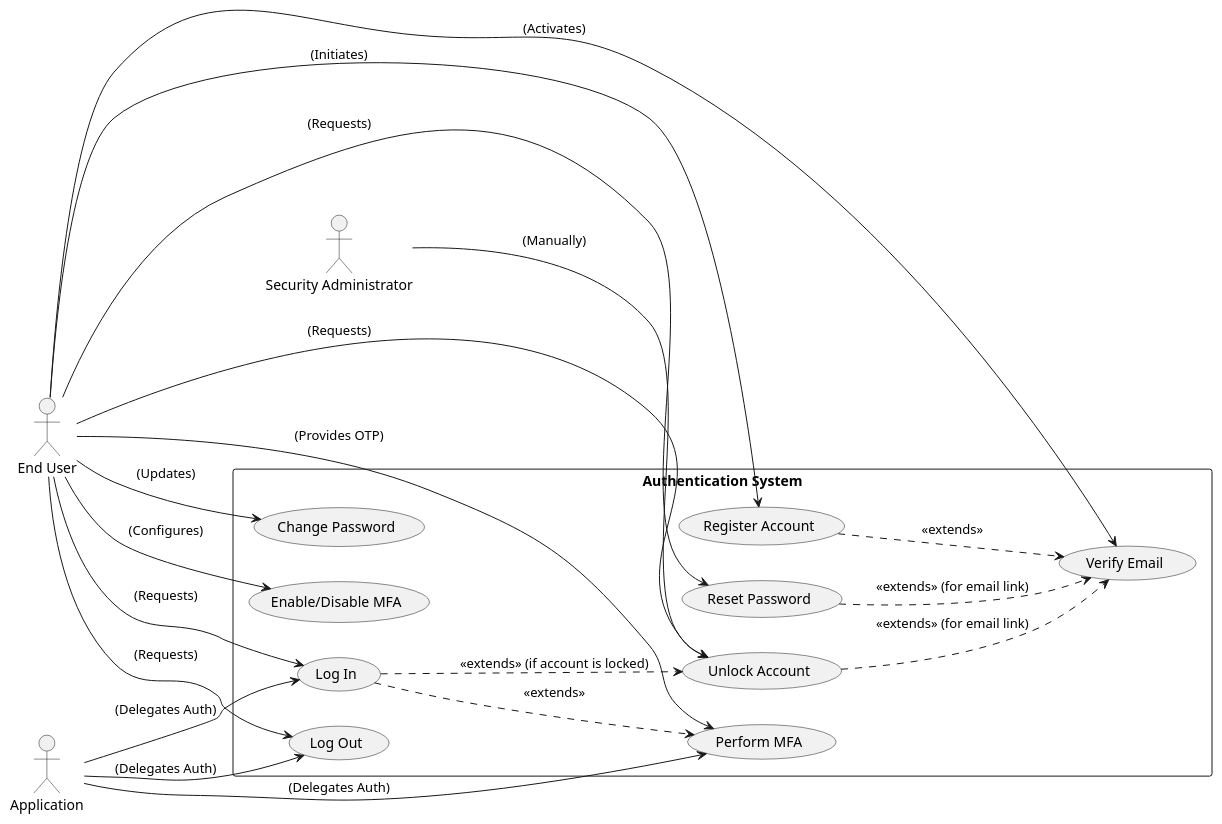
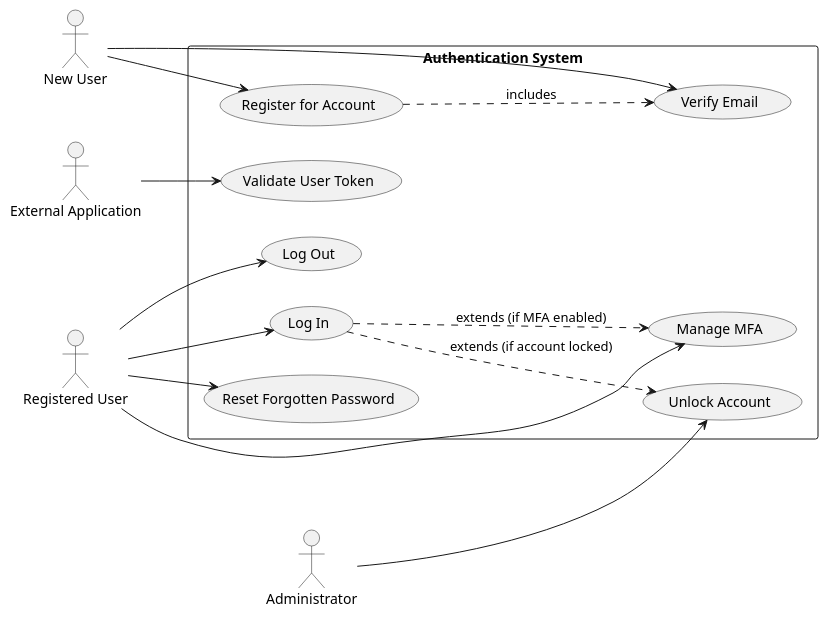
Before and after one commit to Bimmi-kumari-singh/Agent-testing: the diagram in artifacts/spec/spec.md, drawn with PlantUML. The commit also changed other lines of this file, not shown here.

````diff
--- a/artifacts/spec/spec.md
+++ b/artifacts/spec/spec.md
@@ -344,45 +260,36 @@
 ```plantuml
 @startuml
 left to right direction
-
-actor "End User" as User
-actor "Application" as App
-actor "Security Administrator" as Admin
+actor "New User" as NewUser
+actor "Registered User" as RegUser
+actor "External Application" as App
+actor "Administrator" as Admin
 
 rectangle "Authentication System" {
-  usecase "Register Account" as UC_Register
-  usecase "Verify Email" as UC_VerifyEmail
-  usecase "Log In" as UC_Login
-  usecase "Reset Password" as UC_ResetPassword
-  usecase "Change Password" as UC_ChangePassword
-  usecase "Enable/Disable MFA" as UC_MFA_Manage
-  usecase "Perform MFA" as UC_MFA_Perform
-  usecase "Log Out" as UC_Logout
-  usecase "Unlock Account" as UC_UnlockAccount
+  usecase "Register for Account" as UC1
+  usecase "Verify Email" as UC2
+  usecase "Log In" as UC3
+  usecase "Reset Forgotten Password" as UC4
+  usecase "Manage MFA" as UC5
+  usecase "Log Out" as UC6
+  usecase "Validate User Token" as UC7
+  usecase "Unlock Account" as UC8
 }
 
-User --> UC_Register : (Initiates)
-User --> UC_VerifyEmail : (Activates)
-User --> UC_Login : (Requests)
-User --> UC_ResetPassword : (Requests)
-User --> UC_ChangePassword : (Updates)
-User --> UC_MFA_Manage : (Configures)
-User --> UC_MFA_Perform : (Provides OTP)
-User --> UC_Logout : (Requests)
-User --> UC_UnlockAccount : (Requests)
+NewUser --> UC1
+NewUser --> UC2
 
-App --> UC_Login : (Delegates Auth)
-App --> UC_MFA_Perform : (Delegates Auth)
-App --> UC_Logout : (Delegates Auth)
+RegUser --> UC3
+RegUser --> UC4
+RegUser --> UC5
+RegUser --> UC6
 
-Admin --> UC_UnlockAccount : (Manually)
+App --> UC7
 
-UC_Register ..> UC_VerifyEmail : <<extends>>
-UC_Login ..> UC_MFA_Perform : <<extends>>
-UC_Login ..> UC_UnlockAccount : <<extends>> (if account is locked)
-UC_ResetPassword ..> UC_VerifyEmail : <<extends>> (for email link)
-UC_UnlockAccount ..> UC_VerifyEmail : <<extends>> (for email link)
+Admin --> UC8
 
-
+UC1 ..> UC2 : includes
+UC3 ..> UC5 : extends (if MFA enabled)
+UC3 ..> UC8 : extends (if account locked)
 @enduml
 ```
````
